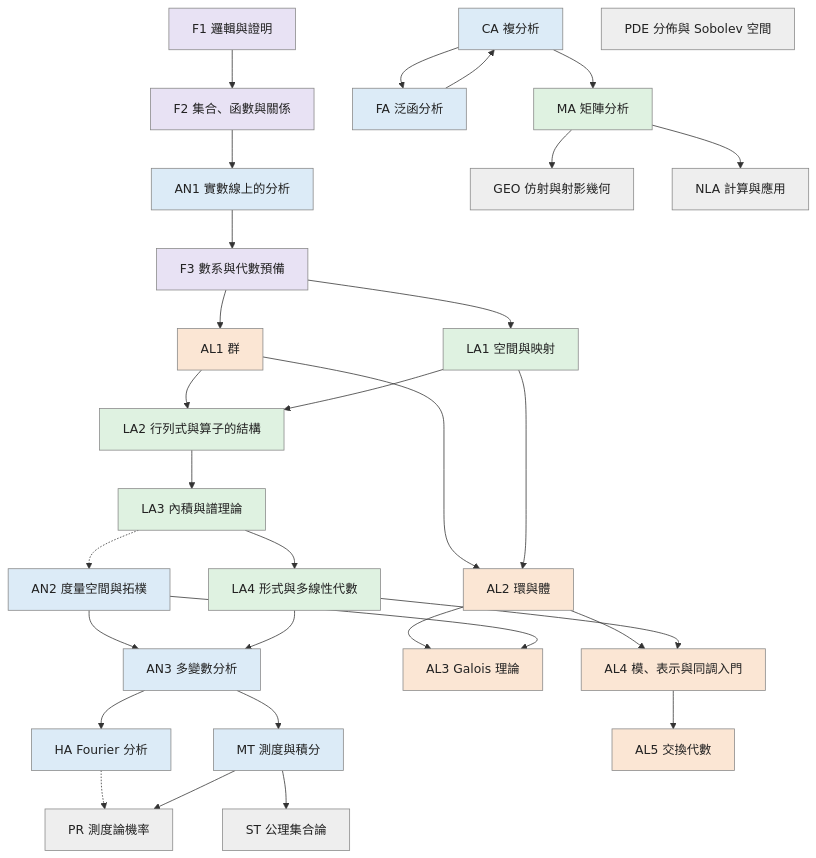
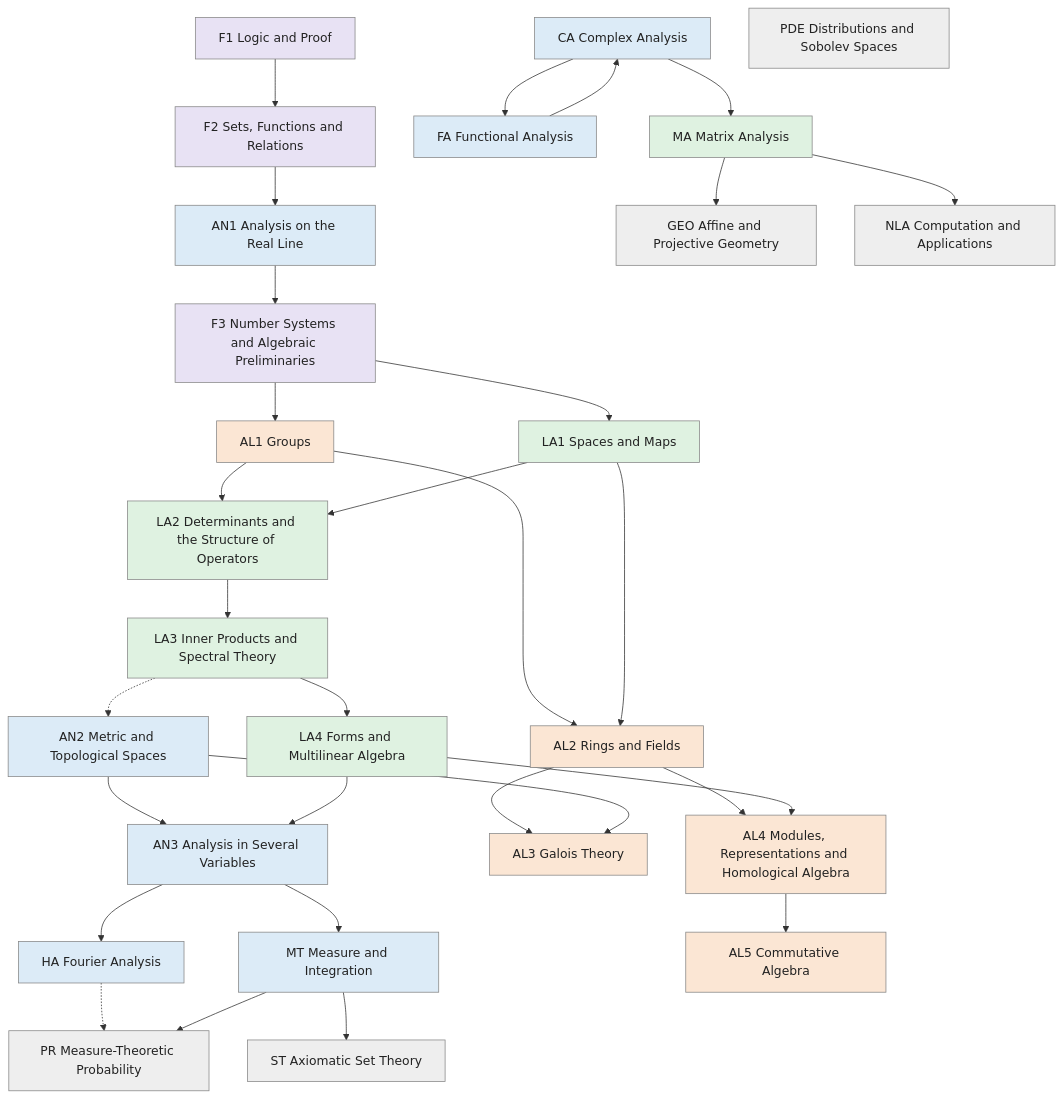
The first of 26 diagrams in generated/README.md (AkizumiFox/math-atlas), drawn with Mermaid before and after one commit. The commit also changed other lines of this file and 36 other files, not shown here.

````diff
--- a/generated/README.md
+++ b/generated/README.md
@@ -8,62 +7,62 @@
 ```mermaid
 flowchart TD
-  F1["F1 邏輯與證明"]:::found
-  F2["F2 集合、函數與關係"]:::found
-  AN1["AN1 實數線上的分析"]:::analysis
-  F3["F3 數系與代數預備"]:::found
-  LA1["LA1 空間與映射"]:::linalg
-  AL1["AL1 群"]:::algebra
-  LA2["LA2 行列式與算子的結構"]:::linalg
-  LA3["LA3 內積與譜理論"]:::linalg
-  LA4["LA4 形式與多線性代數"]:::linalg
-  AN2["AN2 度量空間與拓樸"]:::analysis
-  AN3["AN3 多變數分析"]:::analysis
-  AL2["AL2 環與體"]:::algebra
-  AL3["AL3 Galois 理論"]:::algebra
-  HA["HA Fourier 分析"]:::analysis
-  MT["MT 測度與積分"]:::analysis
-  CA["CA 複分析"]:::analysis
-  FA["FA 泛函分析"]:::analysis
-  AL4["AL4 模、表示與同調入門"]:::algebra
-  AL5["AL5 交換代數"]:::algebra
-  MA["MA 矩陣分析"]:::linalg
-  PR["PR 測度論機率"]:::side
-  PDE["PDE 分佈與 Sobolev 空間"]:::side
-  GEO["GEO 仿射與射影幾何"]:::side
-  NLA["NLA 計算與應用"]:::side
-  ST["ST 公理集合論"]:::side
+  F1["F1 Logic and Proof"]:::found
+  F2["F2 Sets, Functions and Relations"]:::found
+  AN1["AN1 Analysis on the Real Line"]:::analysis
+  F3["F3 Number Systems and Algebraic Preliminaries"]:::found
+  LA1["LA1 Spaces and Maps"]:::linalg
+  AL1["AL1 Groups"]:::algebra
+  LA2["LA2 Determinants and the Structure of Operators"]:::linalg
+  LA3["LA3 Inner Products and Spectral Theory"]:::linalg
+  LA4["LA4 Forms and Multilinear Algebra"]:::linalg
+  AN2["AN2 Metric and Topological Spaces"]:::analysis
+  AN3["AN3 Analysis in Several Variables"]:::analysis
+  AL2["AL2 Rings and Fields"]:::algebra
+  AL3["AL3 Galois Theory"]:::algebra
+  HA["HA Fourier Analysis"]:::analysis
+  MT["MT Measure and Integration"]:::analysis
+  CA["CA Complex Analysis"]:::analysis
+  FA["FA Functional Analysis"]:::analysis
+  AL4["AL4 Modules, Representations and Homological Algebra"]:::algebra
+  AL5["AL5 Commutative Algebra"]:::algebra
+  MA["MA Matrix Analysis"]:::linalg
+  PR["PR Measure-Theoretic Probability"]:::side
+  PDE["PDE Distributions and Sobolev Spaces"]:::side
+  GEO["GEO Affine and Projective Geometry"]:::side
+  NLA["NLA Computation and Applications"]:::side
+  ST["ST Axiomatic Set Theory"]:::side
   F1 --> F2
   F2 --> AN1
   AN1 --> F3
   F3 --> LA1
   F3 --> AL1
   AL1 --> LA2
   LA1 --> LA2
   LA2 --> LA3
   LA3 --> LA4
   LA3 -.-> AN2
   AN2 --> AN3
   LA4 --> AN3
   AL1 --> AL2
   LA1 --> AL2
   AL2 --> AL3
   AN2 --> AL3
   AN3 --> HA
   AN3 --> MT
   FA --> CA
   CA --> FA
   AL2 --> AL4
   LA4 --> AL4
   AL4 --> AL5
   CA --> MA
   HA -.-> PR
   MT --> PR
   MA --> GEO
   MA --> NLA
   MT --> ST
   classDef found fill:#e8e2f4,stroke:#888,color:#222
   classDef analysis fill:#dcebf7,stroke:#888,color:#222
   classDef linalg fill:#dff2e1,stroke:#888,color:#222
   classDef algebra fill:#fbe6d4,stroke:#888,color:#222
   classDef side fill:#eeeeee,stroke:#888,color:#222
 ```
````
